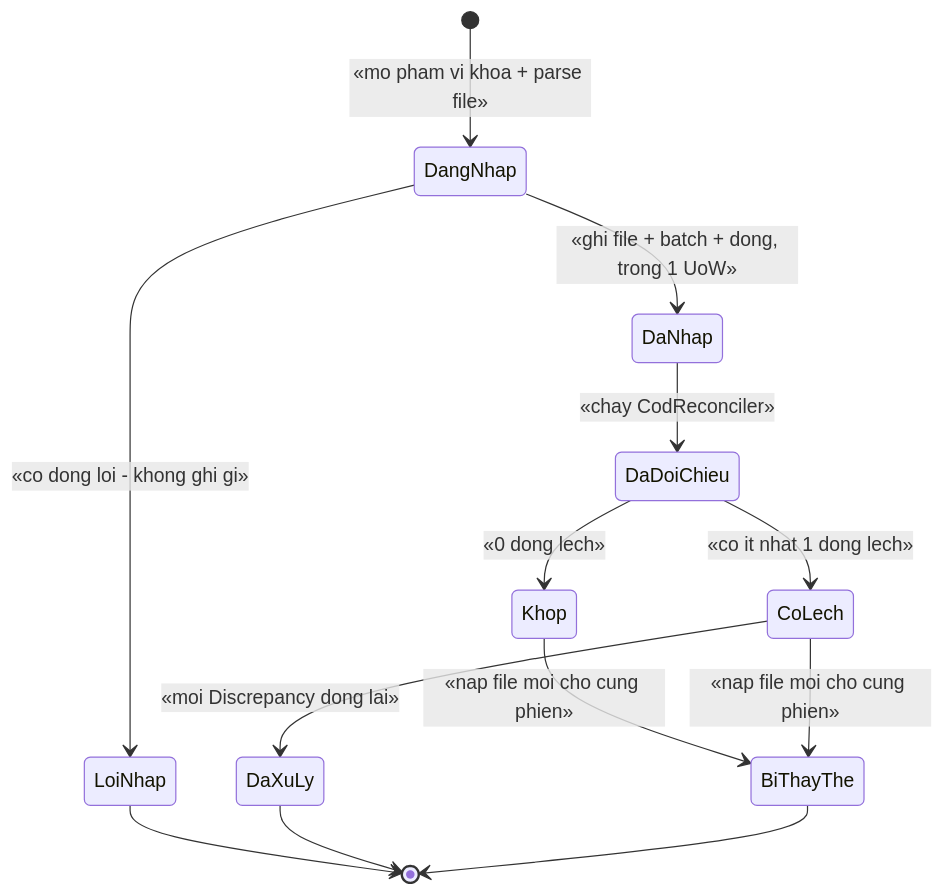
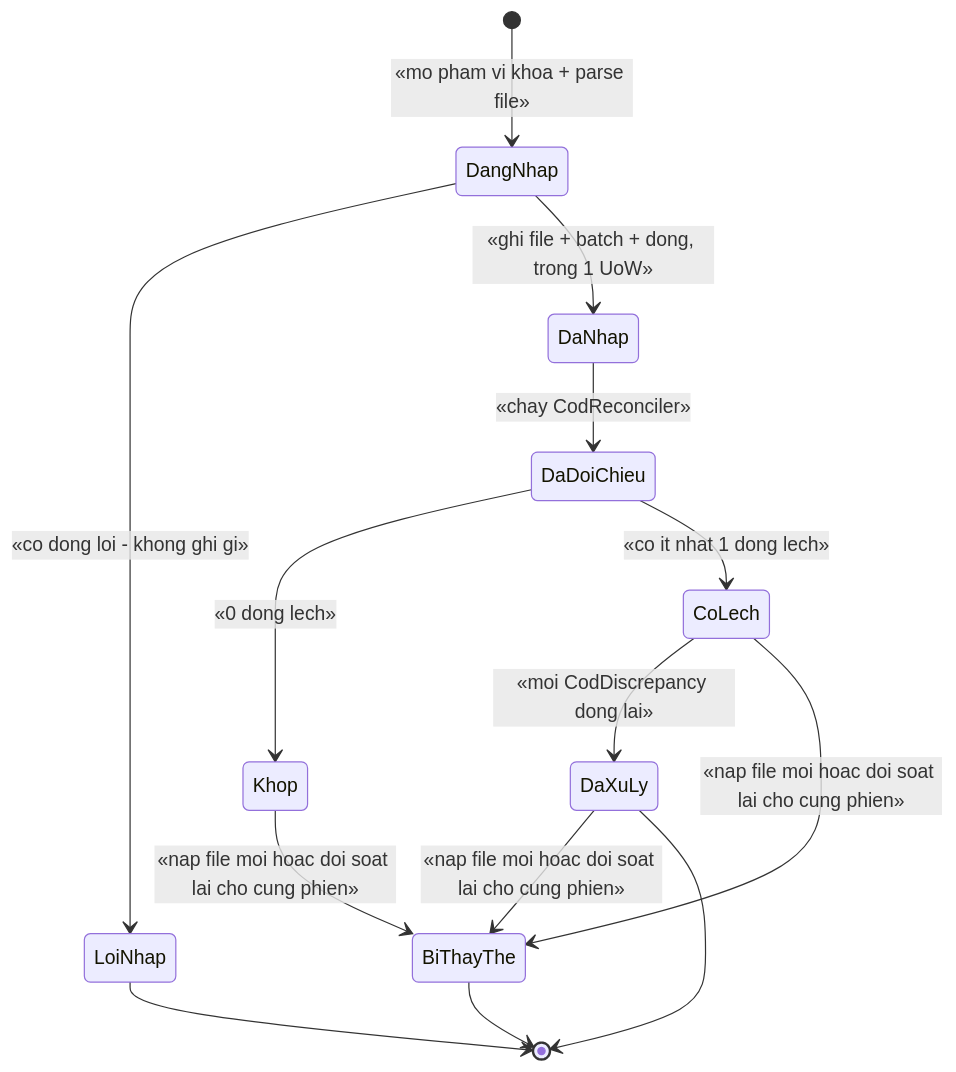
Before and after one commit to hungnt9801/eCommerce: the second of 5 diagrams in docs/features/reconciliation/rec-003-doi-soat-cod-import-excel.md, drawn with Mermaid. The commit also changed other lines of this file and 8 other files, not shown here.

````diff
--- a/docs/features/reconciliation/rec-003-doi-soat-cod-import-excel.md
+++ b/docs/features/reconciliation/rec-003-doi-soat-cod-import-excel.md
@@ -155,15 +155,16 @@
 ```mermaid
 stateDiagram-v2
     [*] --> DangNhap : «mo pham vi khoa + parse file»
     DangNhap --> LoiNhap : «co dong loi - khong ghi gi»
     DangNhap --> DaNhap : «ghi file + batch + dong, trong 1 UoW»
     DaNhap --> DaDoiChieu : «chay CodReconciler»
     DaDoiChieu --> Khop : «0 dong lech»
     DaDoiChieu --> CoLech : «co it nhat 1 dong lech»
-    CoLech --> DaXuLy : «moi Discrepancy dong lai»
-    Khop --> BiThayThe : «nap file moi cho cung phien»
-    CoLech --> BiThayThe : «nap file moi cho cung phien»
+    CoLech --> DaXuLy : «moi CodDiscrepancy dong lai»
+    Khop --> BiThayThe : «nap file moi hoac doi soat lai cho cung phien»
+    CoLech --> BiThayThe : «nap file moi hoac doi soat lai cho cung phien»
+    DaXuLy --> BiThayThe : «nap file moi hoac doi soat lai cho cung phien»
     LoiNhap --> [*]
     DaXuLy --> [*]
     BiThayThe --> [*]
 ```
````
